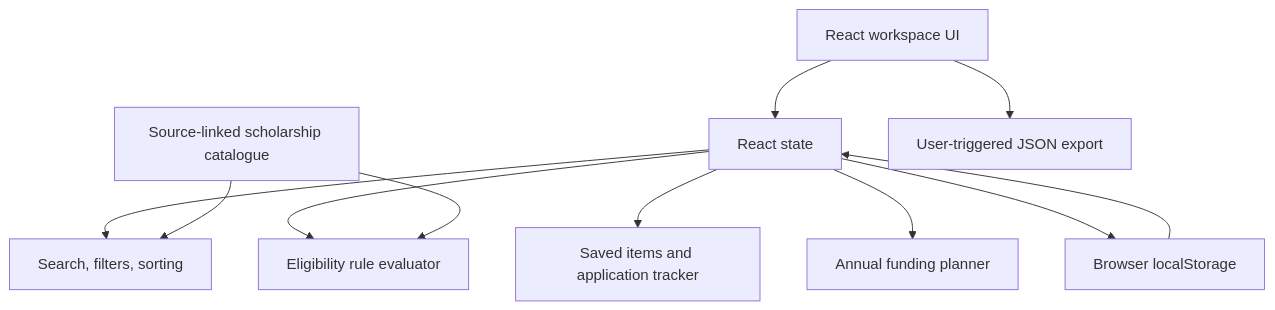
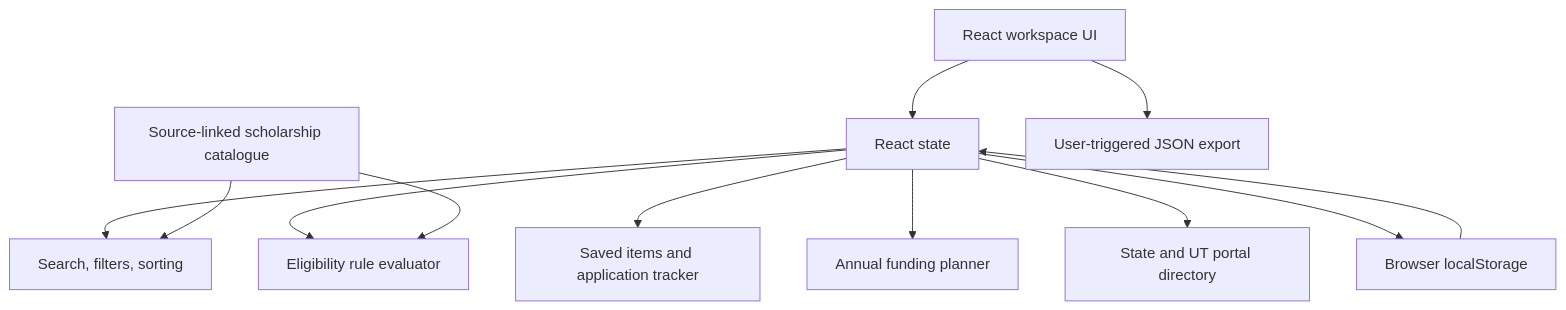
The diagram in ARCHITECTURE.md (PSP-YN/Grantly), drawn with Mermaid before and after one commit. The commit also changed other lines of this file and 24 other files, not shown here.

````diff
--- a/ARCHITECTURE.md
+++ b/ARCHITECTURE.md
@@ -7,13 +7,14 @@
 ```mermaid
 flowchart TD
   UI[React workspace UI] --> State[React state]
   State --> Discovery[Search, filters, sorting]
   State --> Eligibility[Eligibility rule evaluator]
   State --> Tracker[Saved items and application tracker]
   State --> Planner[Annual funding planner]
+  State --> Portal[State and UT portal directory]
   State --> Storage[Browser localStorage]
   Catalogue[Source-linked scholarship catalogue] --> Discovery
   Catalogue --> Eligibility
   Storage --> State
   UI --> Export[User-triggered JSON export]
 ```
````
